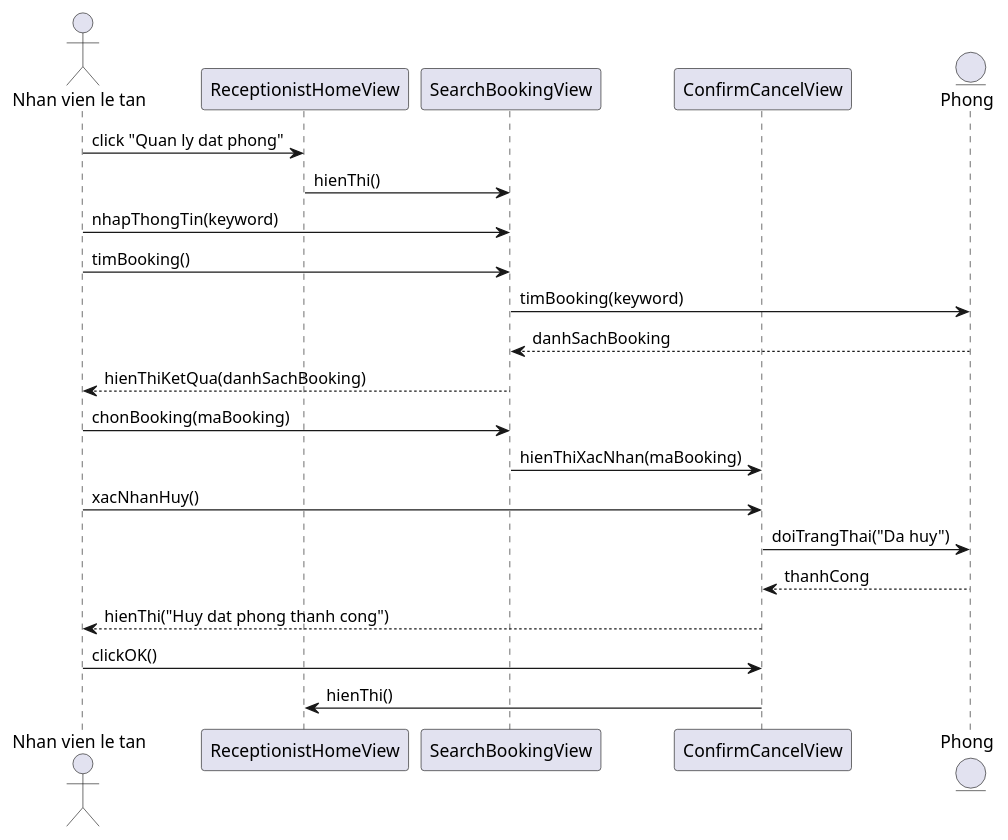
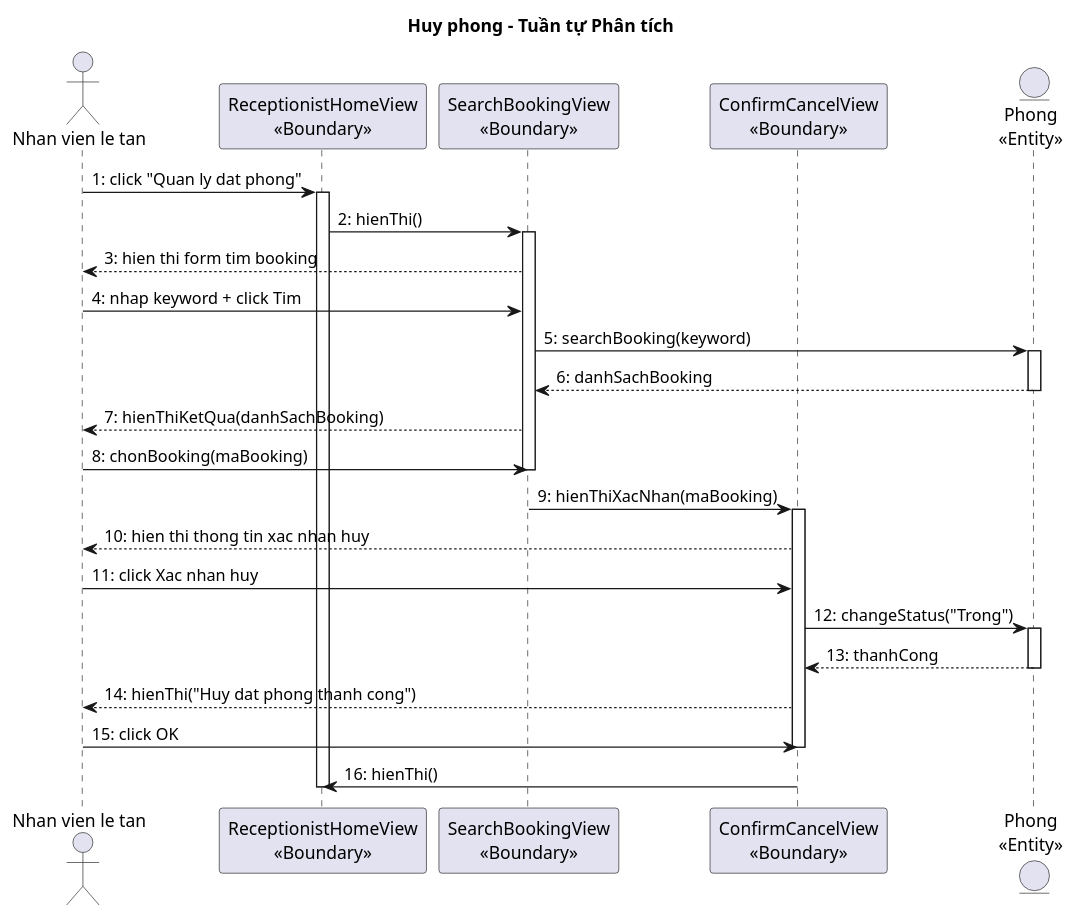
The sixth of 8 diagrams in docs/tabs/section-booking-ii.3-2.4.md (thanhtrnnn/cnpm), drawn with PlantUML before and after one commit. The commit also changed other lines of this file and 15 other files, not shown here.

First line of the commit message:
feat: add Phase II analysis BCE + sequence diagrams with narrative text

````diff
--- a/docs/tabs/section-booking-ii.3-2.4.md
+++ b/docs/tabs/section-booking-ii.3-2.4.md
@@ -297,25 +378,38 @@
 ```plantuml
 @startuml
+title Huy phong – Tuần tự Phân tích
+
 actor "Nhan vien le tan" as NV
-participant "ReceptionistHomeView" as Home
-participant "SearchBookingView" as SearchBooking
-participant "ConfirmCancelView" as Confirm
-entity "Phong" as Phong
+participant "ReceptionistHomeView\n<<Boundary>>" as Home
+participant "SearchBookingView\n<<Boundary>>" as SearchBooking
+participant "ConfirmCancelView\n<<Boundary>>" as Confirm
+entity "Phong\n<<Entity>>" as Phong
 
-NV -> Home: click "Quan ly dat phong"
-Home -> SearchBooking: hienThi()
-NV -> SearchBooking: nhapThongTin(keyword)
-NV -> SearchBooking: timBooking()
-SearchBooking -> Phong: timBooking(keyword)
-Phong --> SearchBooking: danhSachBooking
-SearchBooking --> NV: hienThiKetQua(danhSachBooking)
-NV -> SearchBooking: chonBooking(maBooking)
-SearchBooking -> Confirm: hienThiXacNhan(maBooking)
-NV -> Confirm: xacNhanHuy()
-Confirm -> Phong: doiTrangThai("Da huy")
-Phong --> Confirm: thanhCong
-Confirm --> NV: hienThi("Huy dat phong thanh cong")
-NV -> Confirm: clickOK()
-Confirm -> Home: hienThi()
+NV -> Home : 1: click "Quan ly dat phong"
+activate Home
+Home -> SearchBooking : 2: hienThi()
+activate SearchBooking
+SearchBooking --> NV : 3: hien thi form tim booking
+NV -> SearchBooking : 4: nhap keyword + click Tim
+SearchBooking -> Phong : 5: searchBooking(keyword)
+activate Phong
+Phong --> SearchBooking : 6: danhSachBooking
+deactivate Phong
+SearchBooking --> NV : 7: hienThiKetQua(danhSachBooking)
+NV -> SearchBooking : 8: chonBooking(maBooking)
+deactivate SearchBooking
+SearchBooking -> Confirm : 9: hienThiXacNhan(maBooking)
+activate Confirm
+Confirm --> NV : 10: hien thi thong tin xac nhan huy
+NV -> Confirm : 11: click Xac nhan huy
+Confirm -> Phong : 12: changeStatus("Trong")
+activate Phong
+Phong --> Confirm : 13: thanhCong
+deactivate Phong
+Confirm --> NV : 14: hienThi("Huy dat phong thanh cong")
+NV -> Confirm : 15: click OK
+deactivate Confirm
+Confirm -> Home : 16: hienThi()
+deactivate Home
 @enduml
 ```
````
